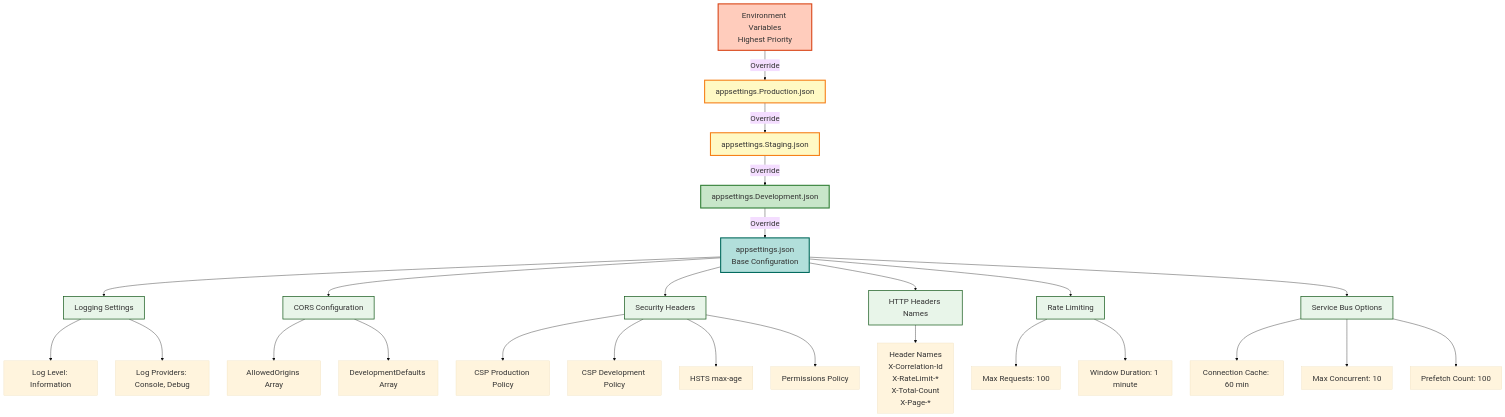
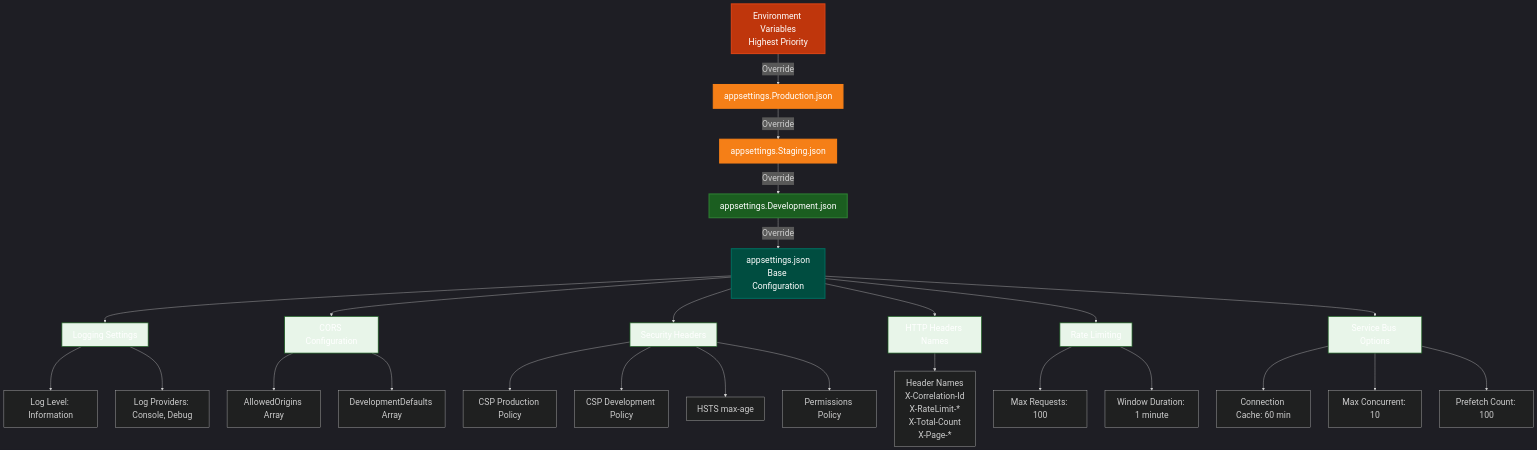
One commit to debdevops/servicehub changed diagram 11 of 12 in services/api/ARCHITECTURE.md. Above: the diagram before and after it, drawn with Mermaid. The commit also changed other lines of this file, not shown here.

Commit message:
Update Text and foreground color

````diff
--- a/services/api/ARCHITECTURE.md
+++ b/services/api/ARCHITECTURE.md
@@ -595,47 +616,47 @@
 ```mermaid
-%%{init: {'theme':'base', 'themeVariables': { 'fontSize':'22px'}}}%%
+%%{init: {'theme':'dark', 'themeVariables': { 'fontSize':'24px', 'primaryTextColor':'#ffffff'}}}%%
 graph TD
     A["Environment Variables<br/>Highest Priority"] -->|Override| B["appsettings.Production.json"]
     B -->|Override| C["appsettings.Staging.json"]
     C -->|Override| D["appsettings.Development.json"]
     D -->|Override| E["appsettings.json<br/>Base Configuration"]
 
     E --> F["Logging Settings"]
     E --> G["CORS Configuration"]
     E --> H["Security Headers"]
     E --> I["HTTP Headers Names"]
     E --> J["Rate Limiting"]
     E --> K["Service Bus Options"]
 
     F --> L["Log Level: Information"]
     F --> M["Log Providers: Console, Debug"]
 
     G --> N["AllowedOrigins Array"]
     G --> O["DevelopmentDefaults Array"]
 
     H --> P["CSP Production Policy"]
     H --> Q["CSP Development Policy"]
     H --> R["HSTS max-age"]
     H --> S["Permissions Policy"]
 
     I --> T["Header Names<br/>X-Correlation-Id<br/>X-RateLimit-*<br/>X-Total-Count<br/>X-Page-*"]
 
     J --> U["Max Requests: 100"]
     J --> V["Window Duration: 1 minute"]
 
     K --> W["Connection Cache: 60 min"]
     K --> X["Max Concurrent: 10"]
     K --> Y["Prefetch Count: 100"]
 
-    style A fill:#ffccbc,stroke:#d84315,stroke-width:3px
-    style B fill:#fff9c4,stroke:#f57f17,stroke-width:3px
-    style C fill:#fff9c4,stroke:#f57f17,stroke-width:3px
-    style D fill:#c8e6c9,stroke:#2e7d32,stroke-width:3px
-    style E fill:#b2dfdb,stroke:#00695c,stroke-width:3px
-    style F fill:#e8f5e9,stroke:#1b5e20,stroke-width:2px
-    style G fill:#e8f5e9,stroke:#1b5e20,stroke-width:2px
-    style H fill:#e8f5e9,stroke:#1b5e20,stroke-width:2px
-    style I fill:#e8f5e9,stroke:#1b5e20,stroke-width:2px
-    style J fill:#e8f5e9,stroke:#1b5e20,stroke-width:2px
-    style K fill:#e8f5e9,stroke:#1b5e20,stroke-width:2px
+    style A fill:#bf360c,stroke:#d84315,stroke-width:3px,color:#fff
+    style B fill:#f57f17,stroke:#f57f17,stroke-width:3px,color:#fff
+    style C fill:#f57f17,stroke:#f57f17,stroke-width:3px,color:#fff
+    style D fill:#1b5e20,stroke:#2e7d32,stroke-width:3px,color:#fff
+    style E fill:#004d40,stroke:#00695c,stroke-width:3px,color:#fff
+    style F fill:#e8f5e9,stroke:#1b5e20,stroke-width:2px,color:#fff
+    style G fill:#e8f5e9,stroke:#1b5e20,stroke-width:2px,color:#fff
+    style H fill:#e8f5e9,stroke:#1b5e20,stroke-width:2px,color:#fff
+    style I fill:#e8f5e9,stroke:#1b5e20,stroke-width:2px,color:#fff
+    style J fill:#e8f5e9,stroke:#1b5e20,stroke-width:2px,color:#fff
+    style K fill:#e8f5e9,stroke:#1b5e20,stroke-width:2px,color:#fff
 ```
````
